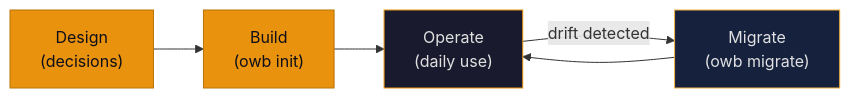
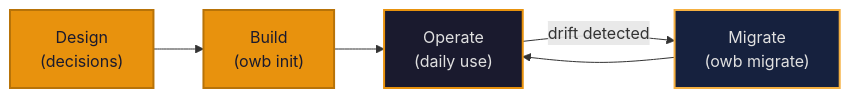
One commit to originalrgsec/open-workspace-builder changed the diagram in docs/workflow/design-to-operate.md. Above: the diagram before and after it, drawn with Mermaid.

Commit message:
docs: fix workflow diagram text contrast — charcoal on amber boxes

````diff
--- a/docs/workflow/design-to-operate.md
+++ b/docs/workflow/design-to-operate.md
@@ -5,11 +5,11 @@
 ```mermaid
 graph LR
-    A["Design<br/>(decisions)"] --> B["Build<br/>(owb init)"]
-    B --> C["Operate<br/>(daily use)"]
-    C -->|drift detected| D["Migrate<br/>(owb migrate)"]
+    A["Design<br/>(decisions)"]:::amber --> B["Build<br/>(owb init)"]:::amber
+    B --> C["Operate<br/>(daily use)"]:::dark
+    C -->|drift detected| D["Migrate<br/>(owb migrate)"]:::slate
     D --> C
-    style A fill:#E8920D,color:#0F0F1A,stroke:#B87308
-    style B fill:#E8920D,color:#0F0F1A,stroke:#B87308
-    style C fill:#1A1A2E,color:#E0E0E0,stroke:#E8920D
-    style D fill:#16213E,color:#E0E0E0,stroke:#F5B041
+
+    classDef amber fill:#E8920D,color:#1A1A2E,stroke:#B87308,stroke-width:2px
+    classDef dark fill:#1A1A2E,color:#E0E0E0,stroke:#E8920D,stroke-width:2px
+    classDef slate fill:#16213E,color:#E0E0E0,stroke:#F5B041,stroke-width:2px
 ```
````
